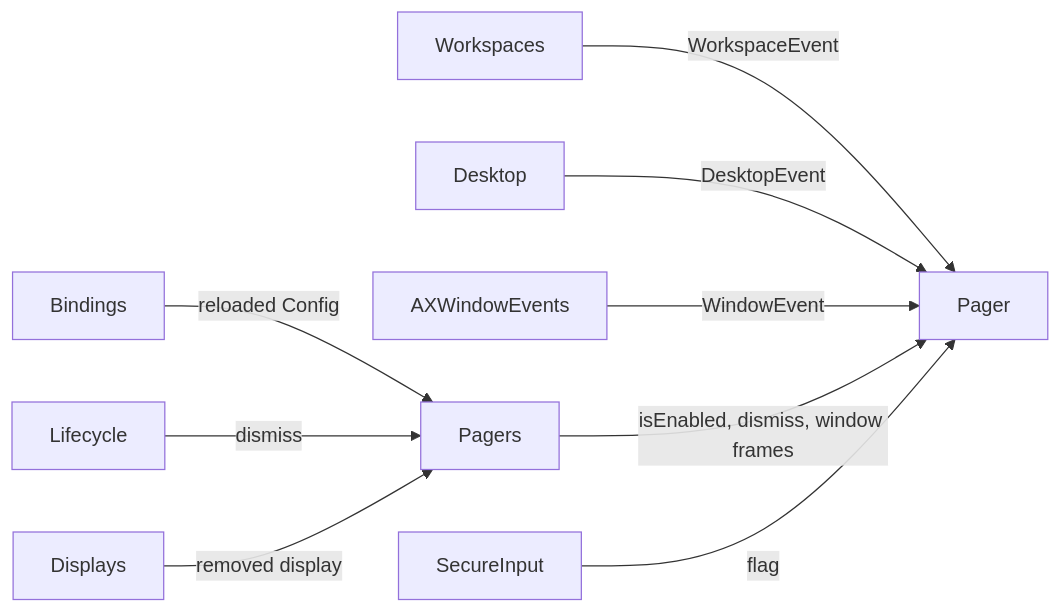
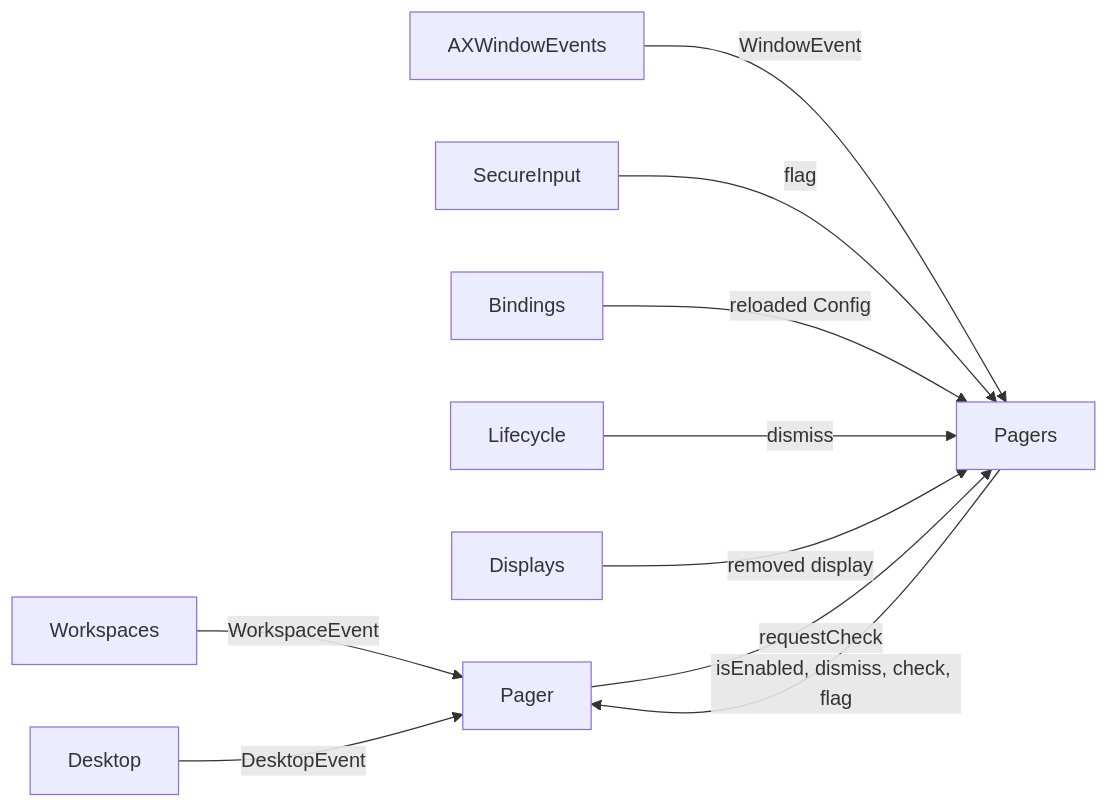
One commit to brennovich/ottowm changed the ninth of 26 diagrams in ARCHITECTURE.md. Above: the diagram before and after it, drawn with Mermaid. The commit also changed other lines of this file and 12 other files, not shown here.

First line of the commit message:
Watch the Pager sources once in Pagers

````diff
--- a/ARCHITECTURE.md
+++ b/ARCHITECTURE.md
@@ -186,11 +186,12 @@
 ```mermaid
 flowchart LR
     Workspaces -->|WorkspaceEvent| Pager
     Desktop -->|DesktopEvent| Pager
-    AXWindowEvents -->|WindowEvent| Pager
+    AXWindowEvents -->|WindowEvent| Pagers
+    SecureInput -->|flag| Pagers
     Bindings -->|reloaded Config| Pagers
     Lifecycle -->|dismiss| Pagers
     Displays -->|removed display| Pagers
-    Pagers -->|"isEnabled, dismiss, window frames"| Pager
-    SecureInput -->|flag| Pager
+    Pager -->|requestCheck| Pagers
+    Pagers -->|"isEnabled, dismiss, check, flag"| Pager
 ```
````
